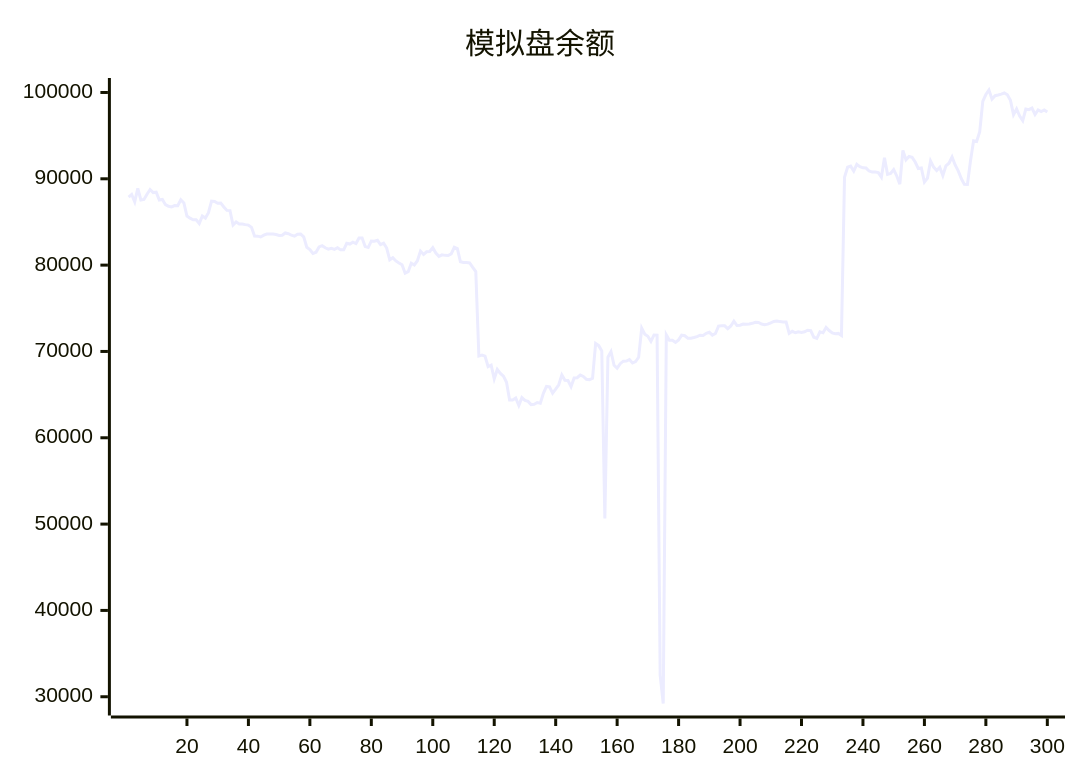
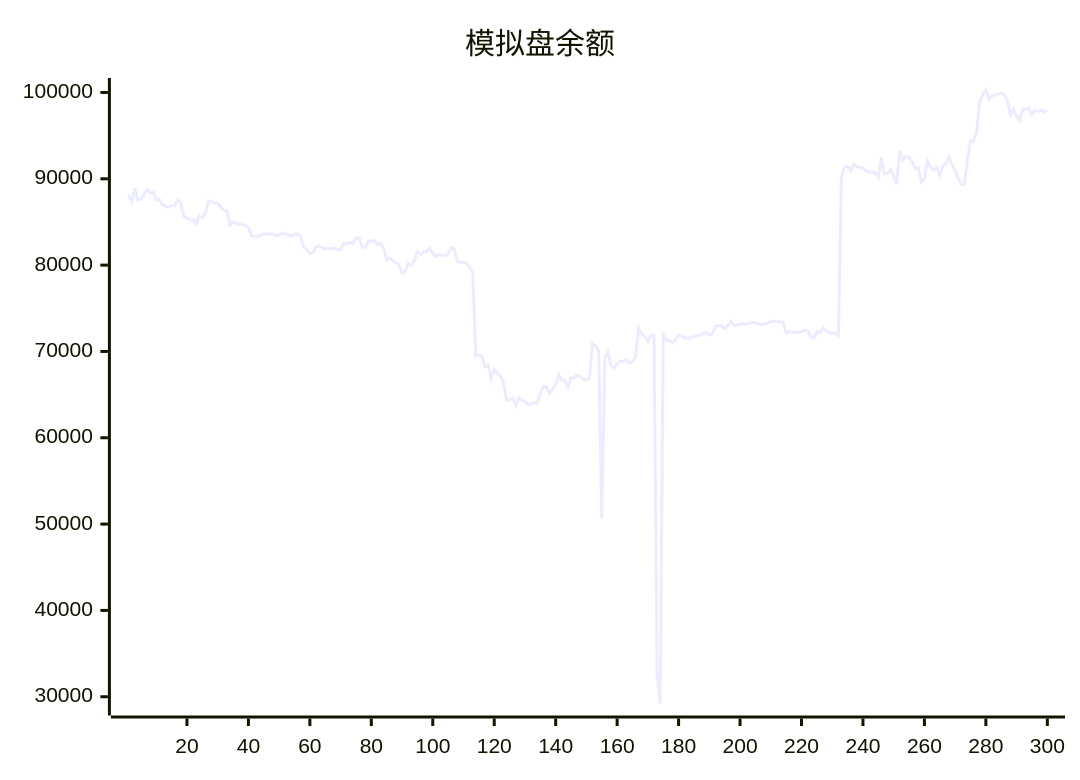
One commit to aahl/ai-trading changed the diagram in README.md. Above: the diagram before and after it, drawn with Mermaid. The commit also changed other lines of this file and 1 other file, not shown here.

````diff
--- a/README.md
+++ b/README.md
@@ -5,5 +5,5 @@
 ```mermaid
 xychart
     title "模拟盘余额"
-    line [87886,88180,87335,88894,87544,87608,88207,88755,88401,88444,87543,87608,87000,86810,86740,86894,86884,87576,87209,85686,85435,85251,85255,84820,85689,85453,86066,87420,87373,87161,87178,86740,86341,86315,84643,85012,84772,84768,84690,84635,84376,83360,83357,83259,83474,83608,83606,83602,83548,83440,83454,83724,83644,83464,83365,83590,83592,83275,82072,81806,81344,81492,82109,82254,82006,81848,81955,81829,82022,81769,81776,82522,82441,82656,82498,83144,83144,82150,82038,82797,82763,82872,82367,82536,81981,80612,80862,80484,80242,80034,79063,79245,80226,80016,80507,81625,81233,81544,81578,82016,81401,81019,81186,81130,81118,81306,82066,81909,80392,80304,80291,80258,79729,79261,69466,69579,69456,68251,68415,66832,67911,67462,67144,66432,64380,64375,64606,63740,64647,64324,64216,63842,63877,64078,64008,65156,65945,65888,65157,65625,66144,67284,66653,66639,65924,66925,66956,67263,67108,66766,66729,66886,70927,70673,70049,50652,69334,69973,68400,68061,68578,68876,68879,69055,68662,68822,69329,72687,71999,71760,71162,71911,71896,32500,29218,71927,71297,71305,71044,71337,71883,71822,71536,71536,71622,71723,71880,71860,72100,72216,71887,72077,72940,72976,72966,72638,72948,73497,73004,73041,73173,73160,73186,73258,73375,73351,73173,73098,73161,73305,73474,73536,73457,73413,73412,72100,72333,72164,72272,72204,72285,72461,72421,71652,71521,72267,72157,72774,72424,72144,72060,72091,71858,90185,91338,91466,90900,91678,91404,91268,91244,90903,90779,90787,90721,90187,92429,90518,90619,91070,90328,89376,93286,92202,92581,92485,91947,91196,91259,89619,90086,92063,91355,90950,91327,90373,91498,91800,92531,91603,90910,90031,89351,89334,92097,94406,94315,95455,98972,99763,100286,99229,99622,99701,99805,99938,99738,99082,97430,98094,97267,96741,98081,98013,98194,97447,97983,97789,97969,97729]
+    line [88180,87335,88894,87544,87608,88207,88755,88401,88444,87543,87608,87000,86810,86740,86894,86884,87576,87209,85686,85435,85251,85255,84820,85689,85453,86066,87420,87373,87161,87178,86740,86341,86315,84643,85012,84772,84768,84690,84635,84376,83360,83357,83259,83474,83608,83606,83602,83548,83440,83454,83724,83644,83464,83365,83590,83592,83275,82072,81806,81344,81492,82109,82254,82006,81848,81955,81829,82022,81769,81776,82522,82441,82656,82498,83144,83144,82150,82038,82797,82763,82872,82367,82536,81981,80612,80862,80484,80242,80034,79063,79245,80226,80016,80507,81625,81233,81544,81578,82016,81401,81019,81186,81130,81118,81306,82066,81909,80392,80304,80291,80258,79729,79261,69466,69579,69456,68251,68415,66832,67911,67462,67144,66432,64380,64375,64606,63740,64647,64324,64216,63842,63877,64078,64008,65156,65945,65888,65157,65625,66144,67284,66653,66639,65924,66925,66956,67263,67108,66766,66729,66886,70927,70673,70049,50652,69334,69973,68400,68061,68578,68876,68879,69055,68662,68822,69329,72687,71999,71760,71162,71911,71896,32500,29218,71927,71297,71305,71044,71337,71883,71822,71536,71536,71622,71723,71880,71860,72100,72216,71887,72077,72940,72976,72966,72638,72948,73497,73004,73041,73173,73160,73186,73258,73375,73351,73173,73098,73161,73305,73474,73536,73457,73413,73412,72100,72333,72164,72272,72204,72285,72461,72421,71652,71521,72267,72157,72774,72424,72144,72060,72091,71858,90185,91338,91466,90900,91678,91404,91268,91244,90903,90779,90787,90721,90187,92429,90518,90619,91070,90328,89376,93286,92202,92581,92485,91947,91196,91259,89619,90086,92063,91355,90950,91327,90373,91498,91800,92531,91603,90910,90031,89351,89334,92097,94406,94315,95455,98972,99763,100286,99229,99622,99701,99805,99938,99738,99082,97430,98094,97267,96741,98081,98013,98194,97447,97983,97789,97969,97729,97911]
 ```
````
